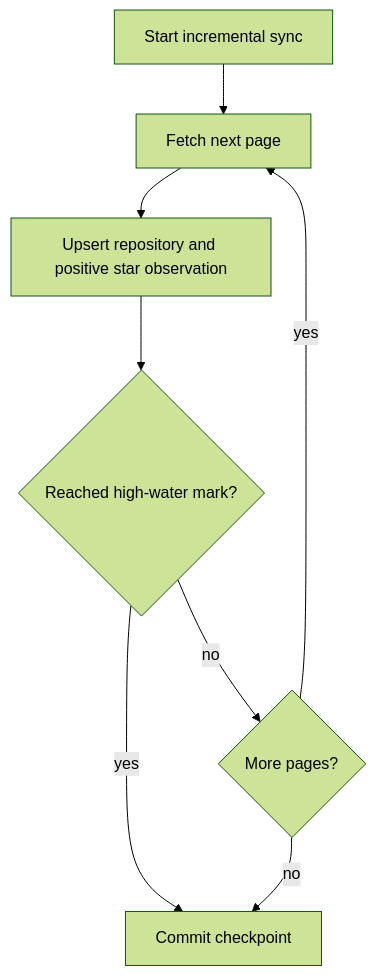
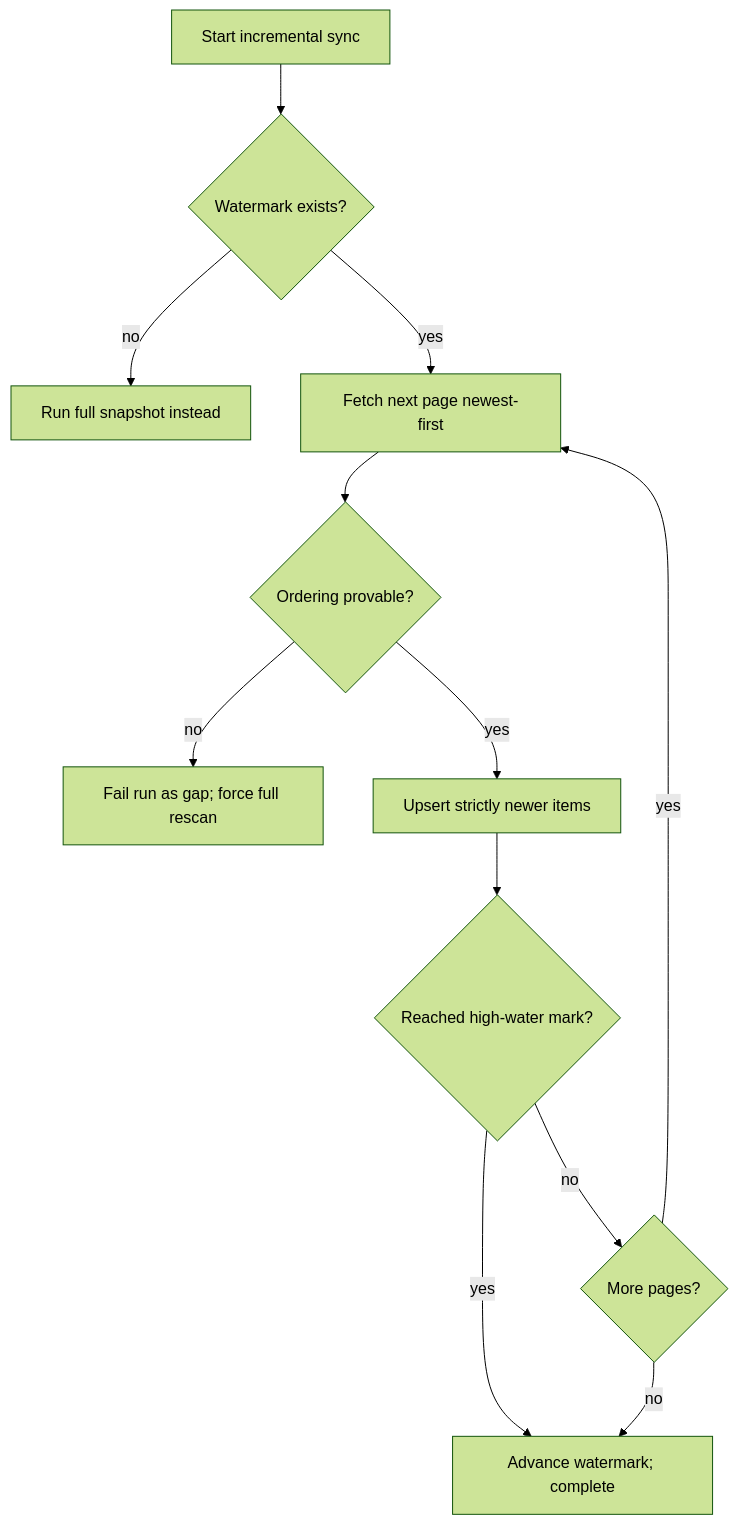
Before and after one commit to po4yka/ratatoskr-github: the second of 3 diagrams in docs/ARCHITECTURE.md, drawn with Mermaid (forest theme). The commit also changed other lines of this file and 24 other files, not shown here.

````diff
--- a/docs/ARCHITECTURE.md
+++ b/docs/ARCHITECTURE.md
@@ -212,15 +212,23 @@
 ```mermaid
 flowchart TD
     Start[Start incremental sync]
-    Page[Fetch next page]
-    Upsert[Upsert repository and positive star observation]
+    Baseline{Watermark exists?}
+    Full[Run full snapshot instead]
+    Page[Fetch next page newest-first]
+    Order{Ordering provable?}
+    Gap[Fail run as gap; force full rescan]
+    Ingest[Upsert strictly newer items]
     Mark{Reached high-water mark?}
     More{More pages?}
-    Done[Commit checkpoint]
+    Done[Advance watermark; complete]
 
-    Start --> Page --> Upsert --> Mark
+    Start --> Baseline
+    Baseline -- no --> Full
+    Baseline -- yes --> Page --> Order
+    Order -- no --> Gap
+    Order -- yes --> Ingest --> Mark
     Mark -- yes --> Done
     Mark -- no --> More
     More -- yes --> Page
     More -- no --> Done
 ```
````
